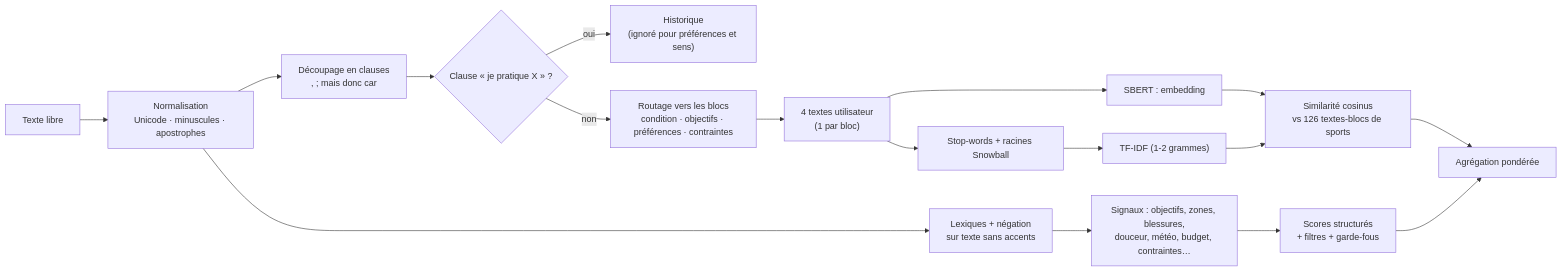
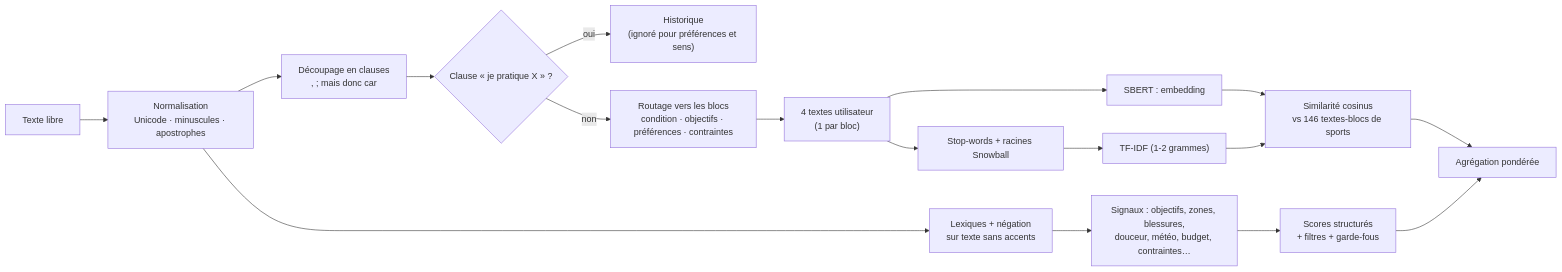
The sixth of 6 diagrams in README.md (AntoineLal/ECE-Projet-NLP), drawn with Mermaid before and after one commit. The commit also changed other lines of this file and 10 other files, not shown here.

````diff
--- a/README.md
+++ b/README.md
@@ -220,18 +220,18 @@
 ```mermaid
 flowchart LR
     T["Texte libre"] --> N["Normalisation<br/>Unicode · minuscules · apostrophes"]
     N --> CL["Découpage en clauses<br/>, ; mais donc car"]
     CL --> PR{"Clause « je pratique X » ?"}
     PR -- oui --> HIST["Historique<br/>(ignoré pour préférences et sens)"]
     PR -- non --> RT["Routage vers les blocs<br/>condition · objectifs · préférences · contraintes"]
     N --> LEX["Lexiques + négation<br/>sur texte sans accents"]
     LEX --> SIG["Signaux : objectifs, zones, blessures,<br/>douceur, météo, budget, contraintes…"]
     RT --> UT["4 textes utilisateur<br/>(1 par bloc)"]
     UT --> EMB["SBERT : embedding"]
     UT --> STM["Stop-words + racines Snowball"] --> TFV["TF-IDF (1-2 grammes)"]
-    EMB --> COS["Similarité cosinus<br/>vs 126 textes-blocs de sports"]
+    EMB --> COS["Similarité cosinus<br/>vs 146 textes-blocs de sports"]
     TFV --> COS
     SIG --> STR["Scores structurés<br/>+ filtres + garde-fous"]
     COS --> AGG["Agrégation pondérée"]
     STR --> AGG
 ```
````
